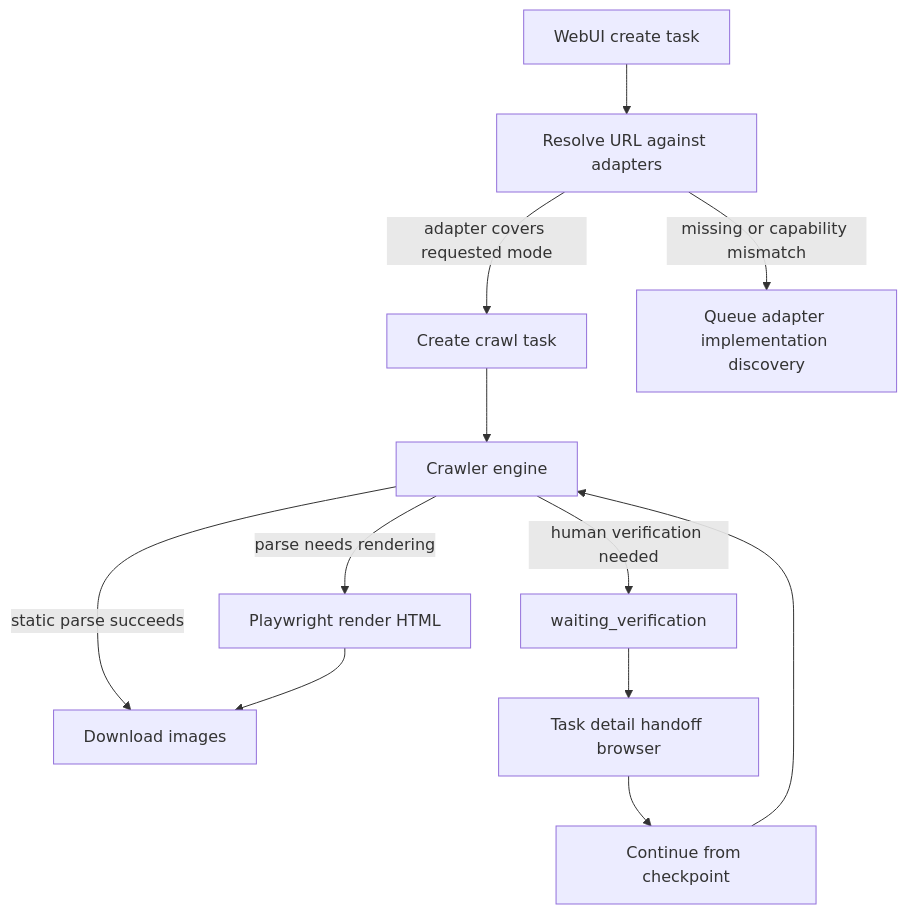
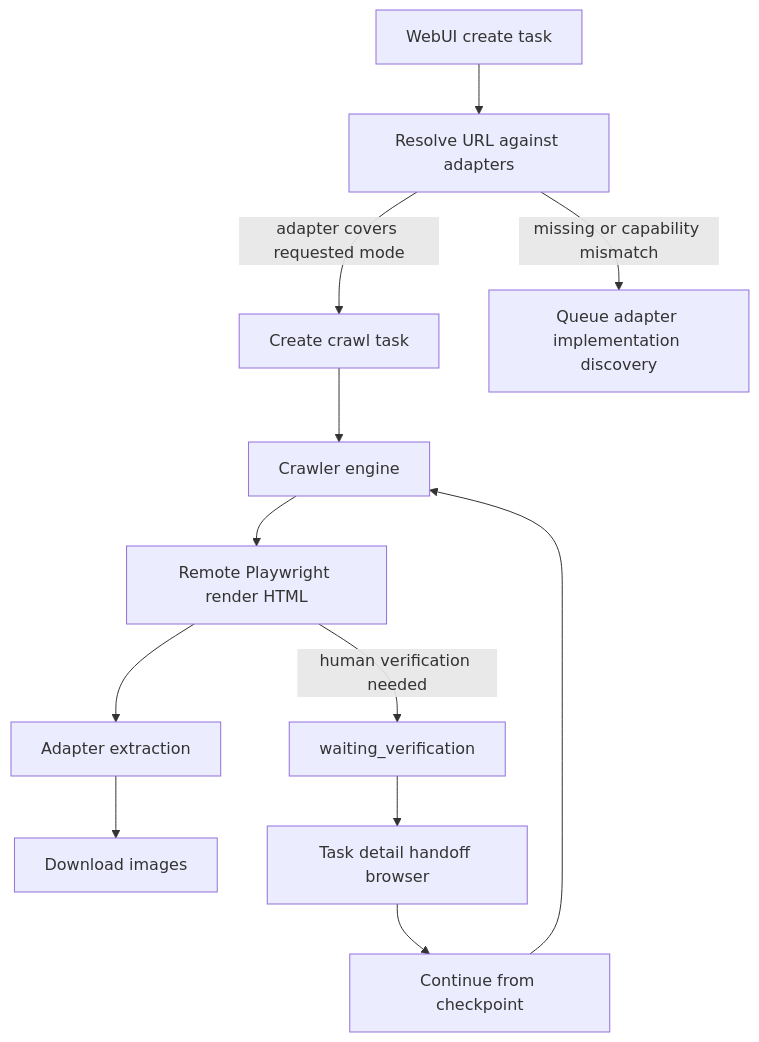
One commit to luberserker0v0/comic-crawler changed the second of 3 diagrams in docs/ARCHITECTURE.md. Above: the diagram before and after it, drawn with Mermaid. The commit also changed other lines of this file and 181 other files, not shown here.

````diff
--- a/docs/ARCHITECTURE.md
+++ b/docs/ARCHITECTURE.md
@@ -39,14 +94,14 @@
 ```mermaid
 flowchart TD
   UI["WebUI create task"] --> Resolve["Resolve URL against adapters"]
   Resolve -->|adapter covers requested mode| Queue["Create crawl task"]
   Resolve -->|missing or capability mismatch| Discovery["Queue adapter implementation discovery"]
   Queue --> Crawl["Crawler engine"]
-  Crawl -->|static parse succeeds| Download["Download images"]
-  Crawl -->|parse needs rendering| Headless["Playwright render HTML"]
-  Headless --> Download
-  Crawl -->|human verification needed| Wait["waiting_verification"]
+  Crawl --> Remote["Remote Playwright render HTML"]
+  Remote --> Extract["Adapter extraction"]
+  Extract --> Download["Download images"]
+  Remote -->|human verification needed| Wait["waiting_verification"]
   Wait --> Handoff["Task detail handoff browser"]
   Handoff --> Resume["Continue from checkpoint"]
   Resume --> Crawl
 ```
````
